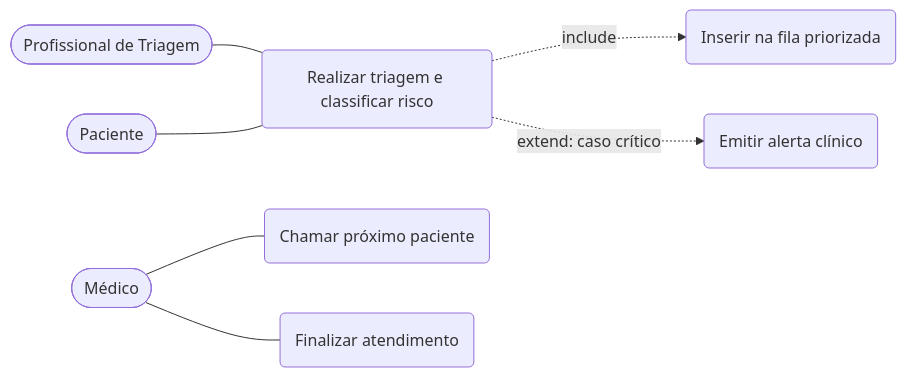
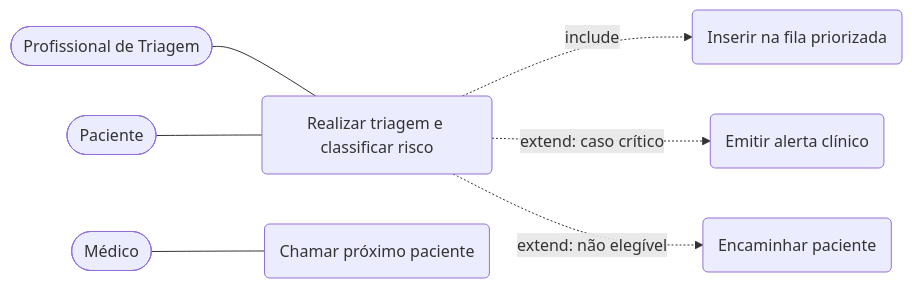
Before and after one commit to anaclaraddias/gestar: the first of 2 diagrams in docs/diagramas.md, drawn with Mermaid. The commit also changed other lines of this file and 2 other files, not shown here.

````diff
--- a/docs/diagramas.md
+++ b/docs/diagramas.md
@@ -11,19 +12,19 @@
 ```mermaid
 graph LR
     PT([Profissional de Triagem])
     MED([Médico])
     PAC([Paciente])
 
     UC1(Realizar triagem e classificar risco)
     UC2(Inserir na fila priorizada)
     UC3(Chamar próximo paciente)
     UC4(Emitir alerta clínico)
-    UC5(Finalizar atendimento)
+    UC5(Encaminhar paciente)
 
     PT --- UC1
     PAC --- UC1
     UC1 -. include .-> UC2
     UC1 -. extend: caso crítico .-> UC4
+    UC1 -. extend: não elegível .-> UC5
     MED --- UC3
-    MED --- UC5
 ```
````
